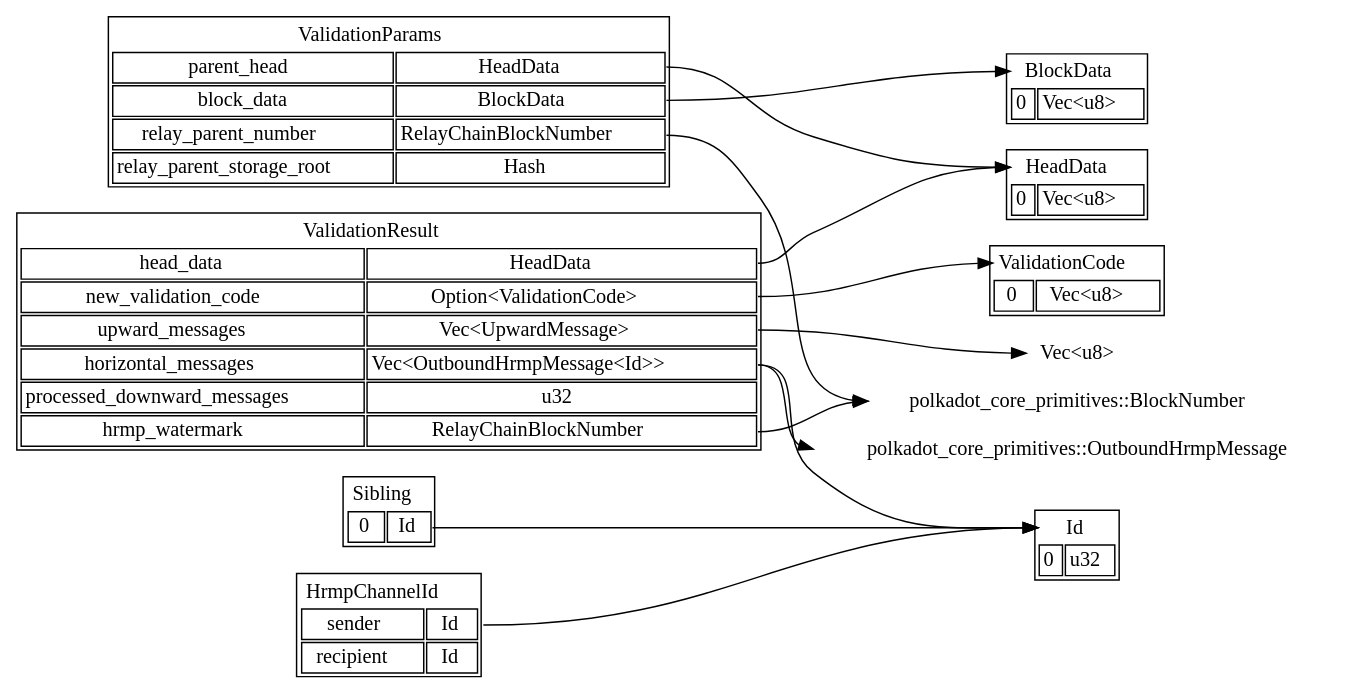
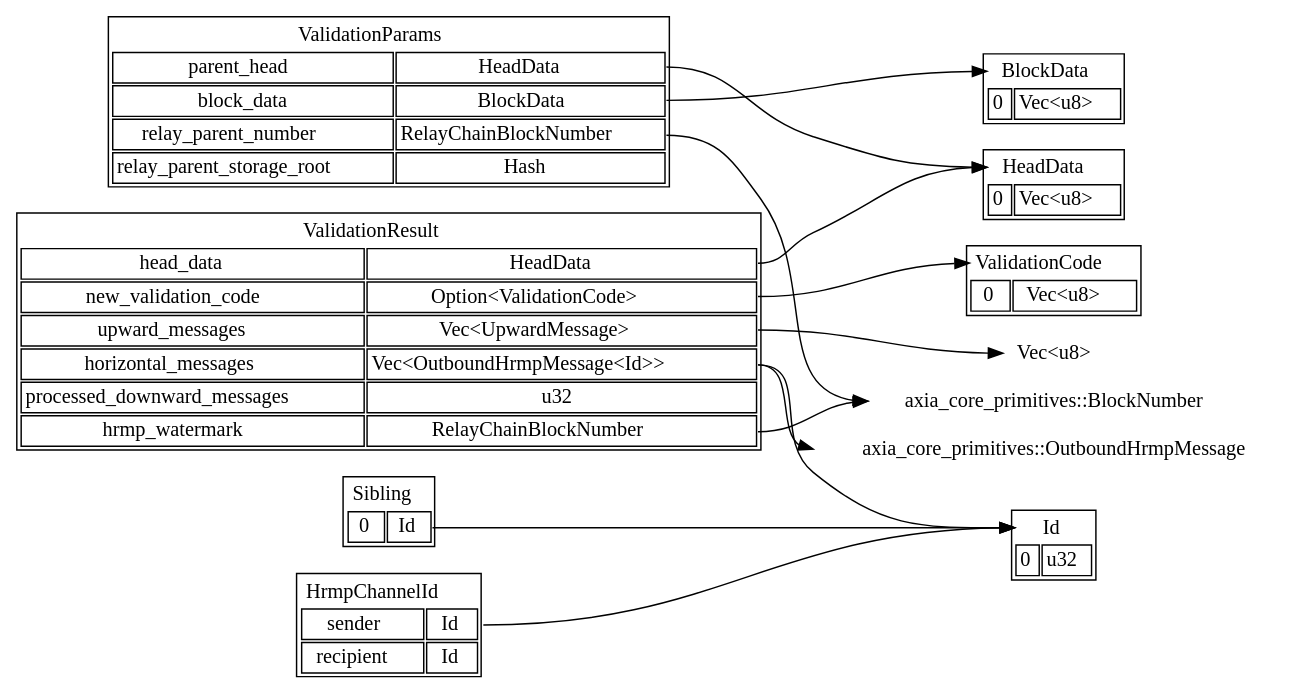
The second of 2 diagrams in roadmap/implementers-guide/src/types/README.md (AXIA-DEV/axia), drawn with Graphviz before and after one commit. The commit also changed other lines of this file and 709 other files, not shown here.

Commit message:
polkadot -> axia

````diff
--- a/roadmap/implementers-guide/src/types/README.md
+++ b/roadmap/implementers-guide/src/types/README.md
@@ -405,7 +405,7 @@
     ValidationParams:block_data -> BlockData:name
     ValidationParams:relay_parent_number -> RelayChainBlockNumber:w
 
-    RelayChainBlockNumber [label = "polkadot_core_primitives::BlockNumber"]
+    RelayChainBlockNumber [label = "axia_core_primitives::BlockNumber"]
 
     ValidationResult [label = <
         <table>
@@ -427,6 +427,6 @@
     ValidationResult:hrmp_watermark -> RelayChainBlockNumber:w
 
     UpwardMessage [label = "Vec<u8>"]
-    OutboundHrmpMessage [label = "polkadot_core_primitives::OutboundHrmpMessage"]
+    OutboundHrmpMessage [label = "axia_core_primitives::OutboundHrmpMessage"]
 }
 ```
````
